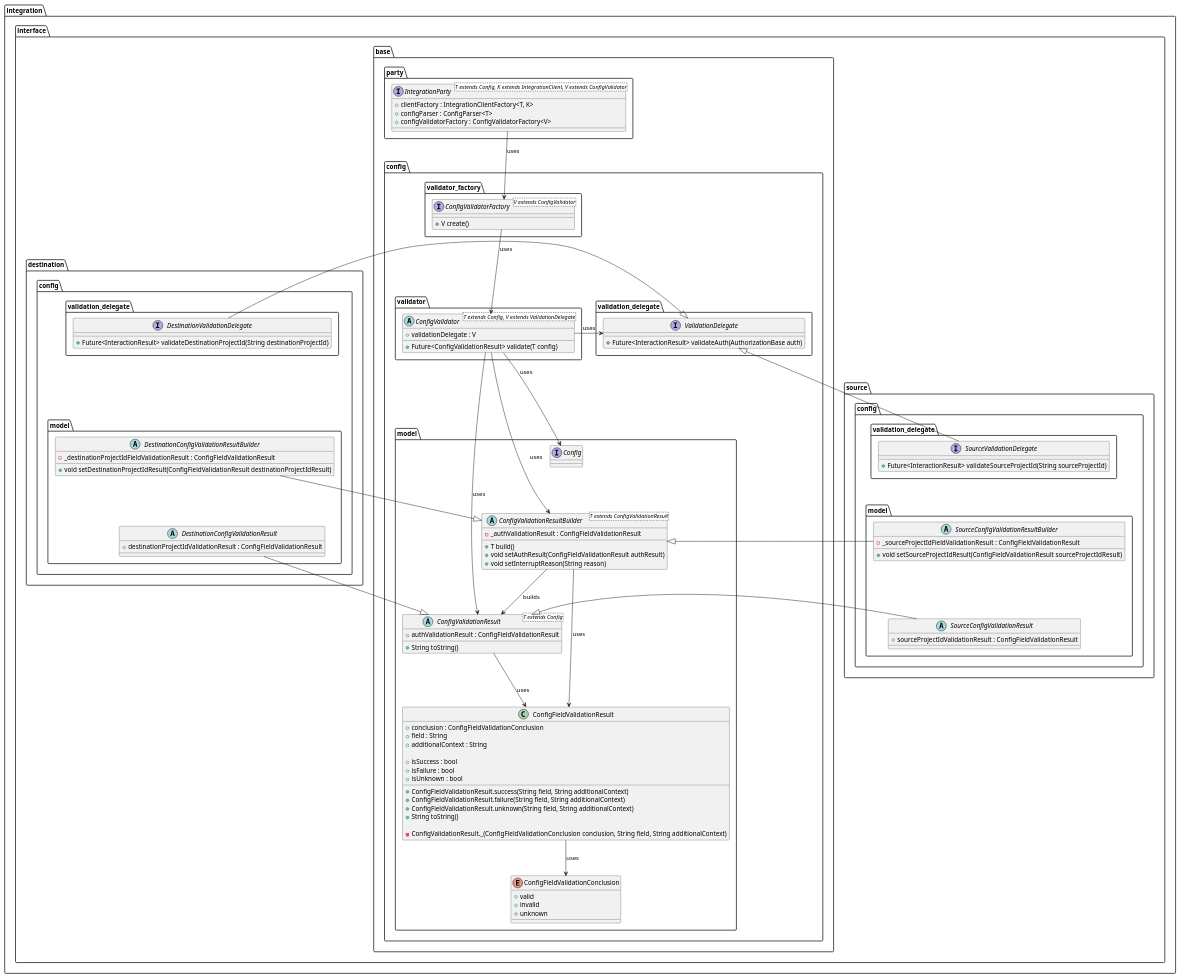
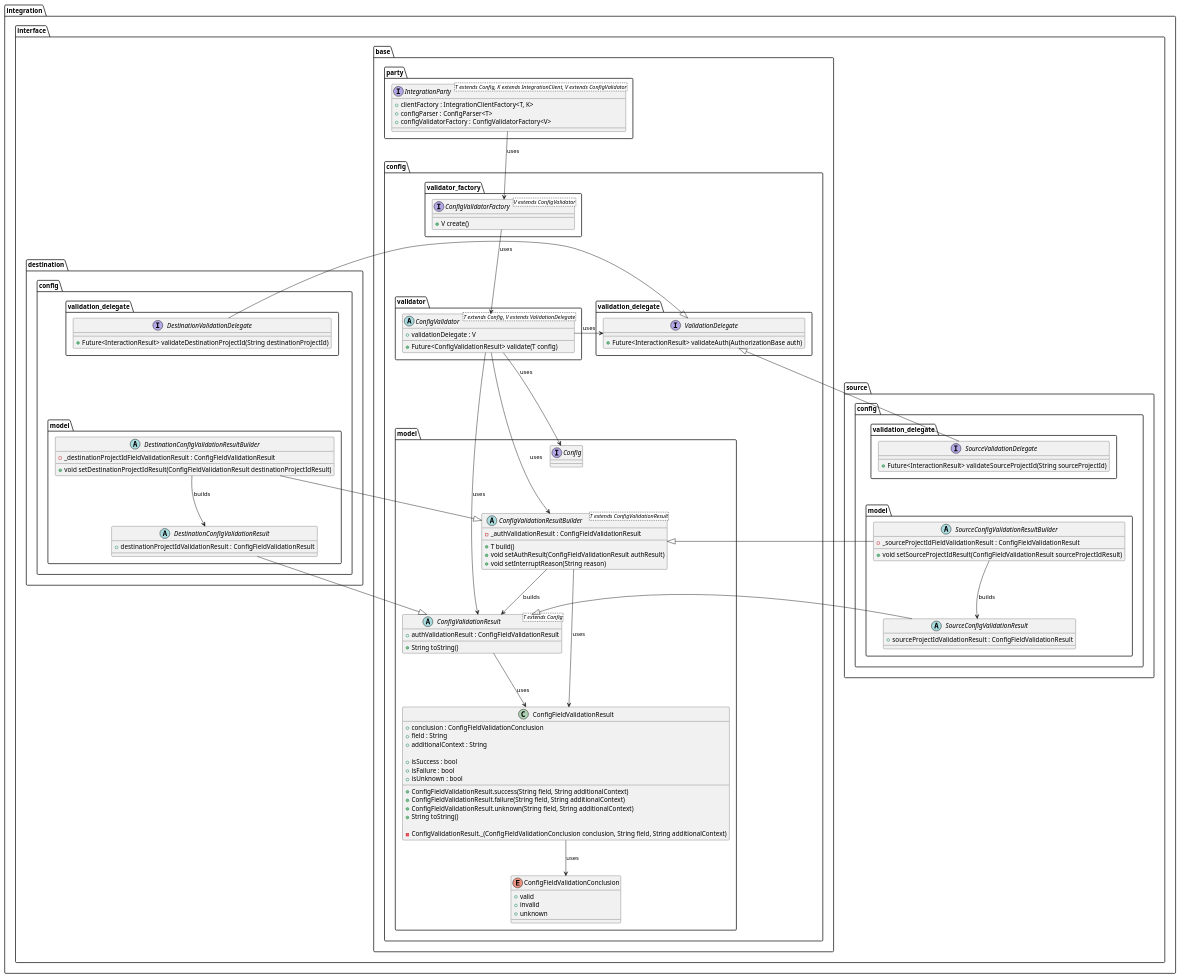
One commit to Flank/flank-dashboard changed the diagram in metrics/ci_integrations/docs/diagrams/ci_integrations_config_validator_interfaces_class_diagram.puml. Above: the diagram before and after it, drawn with PlantUML.

Commit message:
Minor improvement to interface diagram

```diff
--- a/metrics/ci_integrations/docs/diagrams/ci_integrations_config_validator_interfaces_class_diagram.puml
+++ b/metrics/ci_integrations/docs/diagrams/ci_integrations_config_validator_interfaces_class_diagram.puml
@@ -1,148 +1,151 @@
 @startuml ci_integrations_config_validator_class_diagram
 
     package integration.interface {
         package base {
             package party {
                 interface IntegrationParty<T extends Config, K extends IntegrationClient, V extends ConfigValidator> {
                     + clientFactory : IntegrationClientFactory<T, K>
                     + configParser : ConfigParser<T>
                     + configValidatorFactory : ConfigValidatorFactory<V>
                 }
             }
 
             package config {
                 package model {
                     interface Config {}
 
                     abstract class ConfigValidationResultBuilder<T extends ConfigValidationResult> {
                         - _authValidationResult : ConfigFieldValidationResult
 
                         + T build()
                         + void setAuthResult(ConfigFieldValidationResult authResult)
                         + void setInterruptReason(String reason)
                     }
 
                     abstract class ConfigValidationResult<T extends Config> {
                         + authValidationResult : ConfigFieldValidationResult
 
                         + String toString()
                     }
 
                     enum ConfigFieldValidationConclusion {
                         + valid
                         + invalid
                         + unknown
                     }
 
                     class ConfigFieldValidationResult {
                         + conclusion : ConfigFieldValidationConclusion
                         + field : String
                         + additionalContext : String
 
                         + isSuccess : bool
                         + isFailure : bool
                         + isUnknown : bool
 
                         + ConfigFieldValidationResult.success(String field, String additionalContext)
                         + ConfigFieldValidationResult.failure(String field, String additionalContext)
                         + ConfigFieldValidationResult.unknown(String field, String additionalContext)
                         + String toString()
 
                         - ConfigValidationResult._(ConfigFieldValidationConclusion conclusion, String field, String additionalContext)
                     }
                 }
 
                 package validator {
                     abstract class ConfigValidator<T extends Config, V extends ValidationDelegate> {
                         + validationDelegate : V
 
                         + Future<ConfigValidationResult> validate(T config)
                     }
                 }
 
                 package validation_delegate as base_validation_delegate {
                     interface ValidationDelegate {
                         + Future<InteractionResult> validateAuth(AuthorizationBase auth)
                     }
                 }
 
                 package validator_factory {
                     interface ConfigValidatorFactory<V extends ConfigValidator> {
                         + V create()
                     }
                 }
             }
         }
         
         package source.config {
             package validation_delegate as source_validation_delegate {
                 interface SourceValidationDelegate {
                     + Future<InteractionResult> validateSourceProjectId(String sourceProjectId)
                 }
             }
 
             package model as source_model {
                 abstract class SourceConfigValidationResult {
                     + sourceProjectIdValidationResult : ConfigFieldValidationResult
                 }
 
                 abstract class SourceConfigValidationResultBuilder {
                     - _sourceProjectIdFieldValidationResult : ConfigFieldValidationResult
 
                     + void setSourceProjectIdResult(ConfigFieldValidationResult sourceProjectIdResult)
                 }
             }
         }
 
         package destination.config {
             package validation_delegate as destination_validation_delegate {
                 interface DestinationValidationDelegate {
                     + Future<InteractionResult> validateDestinationProjectId(String destinationProjectId)
                 }
             }
 
             package model as destination_model {
                 abstract class DestinationConfigValidationResult {
                     + destinationProjectIdValidationResult : ConfigFieldValidationResult
                 }
 
                 abstract class DestinationConfigValidationResultBuilder {
                     - _destinationProjectIdFieldValidationResult : ConfigFieldValidationResult
 
                     + void setDestinationProjectIdResult(ConfigFieldValidationResult destinationProjectIdResult)
                 }
             }
         }
     }
 
     IntegrationParty --> ConfigValidatorFactory : uses
 
     ConfigValidatorFactory --> ConfigValidator : uses
 
     ConfigValidator -right-> ValidationDelegate : uses
     ConfigValidator --> ConfigValidationResult : uses
     ConfigValidator --> ConfigValidationResultBuilder : uses
     ConfigValidator --> Config : uses
 
     ConfigValidationResultBuilder --> ConfigValidationResult : builds
     ConfigValidationResultBuilder --> ConfigFieldValidationResult : uses
 
     ConfigValidationResult --> ConfigFieldValidationResult : uses
 
     ConfigFieldValidationResult --> ConfigFieldValidationConclusion : uses
 
     SourceValidationDelegate -left-|> ValidationDelegate
     DestinationValidationDelegate -right-|> ValidationDelegate
 
     SourceConfigValidationResult -left-|> ConfigValidationResult
     DestinationConfigValidationResult -right-|> ConfigValidationResult
 
     SourceConfigValidationResultBuilder -left-|> ConfigValidationResultBuilder
     DestinationConfigValidationResultBuilder -right-|> ConfigValidationResultBuilder
 
+    SourceConfigValidationResultBuilder -down-> SourceConfigValidationResult : builds
+    DestinationConfigValidationResultBuilder -down-> DestinationConfigValidationResult : builds
+
     Config -[hidden]down-> ConfigValidationResultBuilder
     DestinationValidationDelegate -[hidden]down-> DestinationConfigValidationResultBuilder
     SourceValidationDelegate -[hidden]down-> SourceConfigValidationResultBuilder
     SourceConfigValidationResultBuilder -[hidden]down-> SourceConfigValidationResult
     DestinationConfigValidationResultBuilder -[hidden]down-> DestinationConfigValidationResult
 @enduml
```
